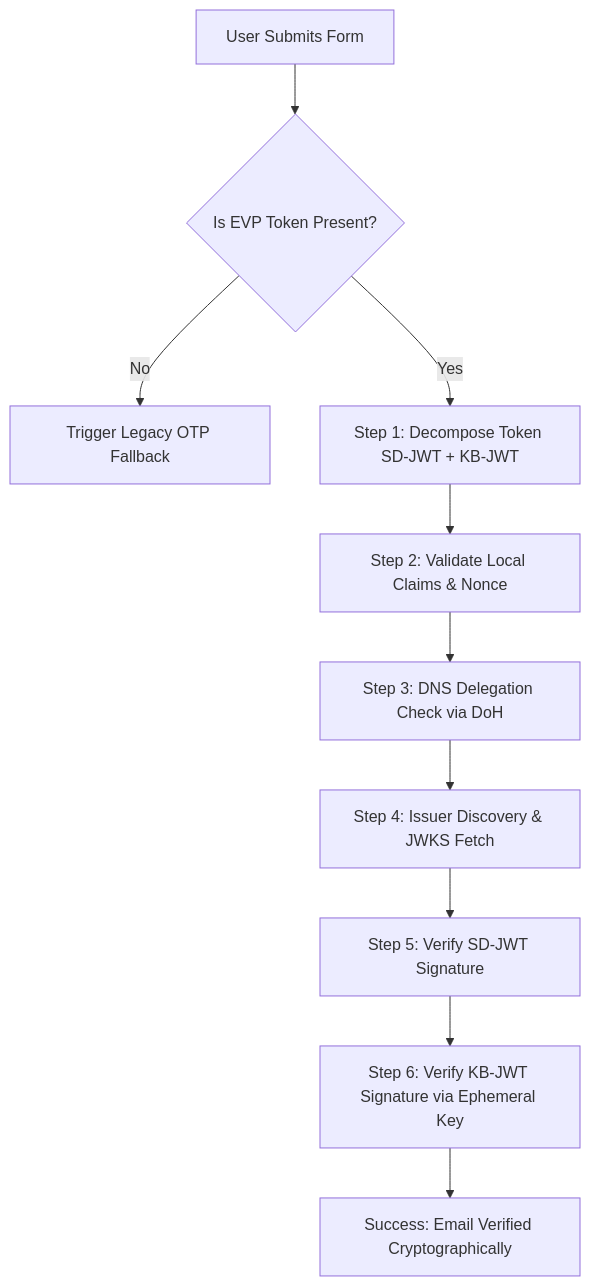
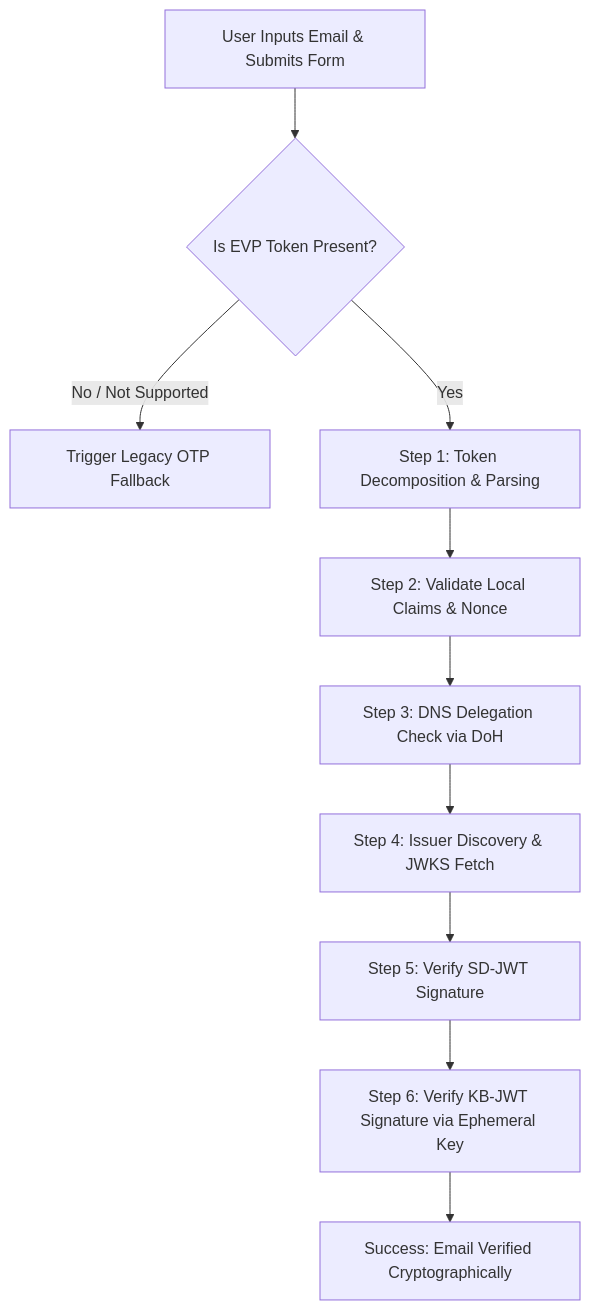
One commit to tsunoyu/evp-demo changed the diagram in EVP_IMPLEMENTATION_GUIDE.md. Above: the diagram before and after it, drawn with Mermaid. The commit also changed other lines of this file, not shown here.

Commit message:
docs: update EVP implementation guide with complete source code blueprints

````diff
--- a/EVP_IMPLEMENTATION_GUIDE.md
+++ b/EVP_IMPLEMENTATION_GUIDE.md
@@ -41,12 +13,12 @@
 ```mermaid
 graph TD
-    A[User Submits Form] --> B{Is EVP Token Present?}
-    B -- No --> C[Trigger Legacy OTP Fallback]
-    B -- Yes --> D[Step 1: Decompose Token SD-JWT + KB-JWT]
+    A[User Inputs Email & Submits Form] --> B{Is EVP Token Present?}
+    B -- No / Not Supported --> C[Trigger Legacy OTP Fallback]
+    B -- Yes --> D[Step 1: Token Decomposition & Parsing]
     D --> E[Step 2: Validate Local Claims & Nonce]
     E --> F[Step 3: DNS Delegation Check via DoH]
     F --> G[Step 4: Issuer Discovery & JWKS Fetch]
     G --> H[Step 5: Verify SD-JWT Signature]
     H --> I[Step 6: Verify KB-JWT Signature via Ephemeral Key]
     I --> J[Success: Email Verified Cryptographically]
 ```
````
